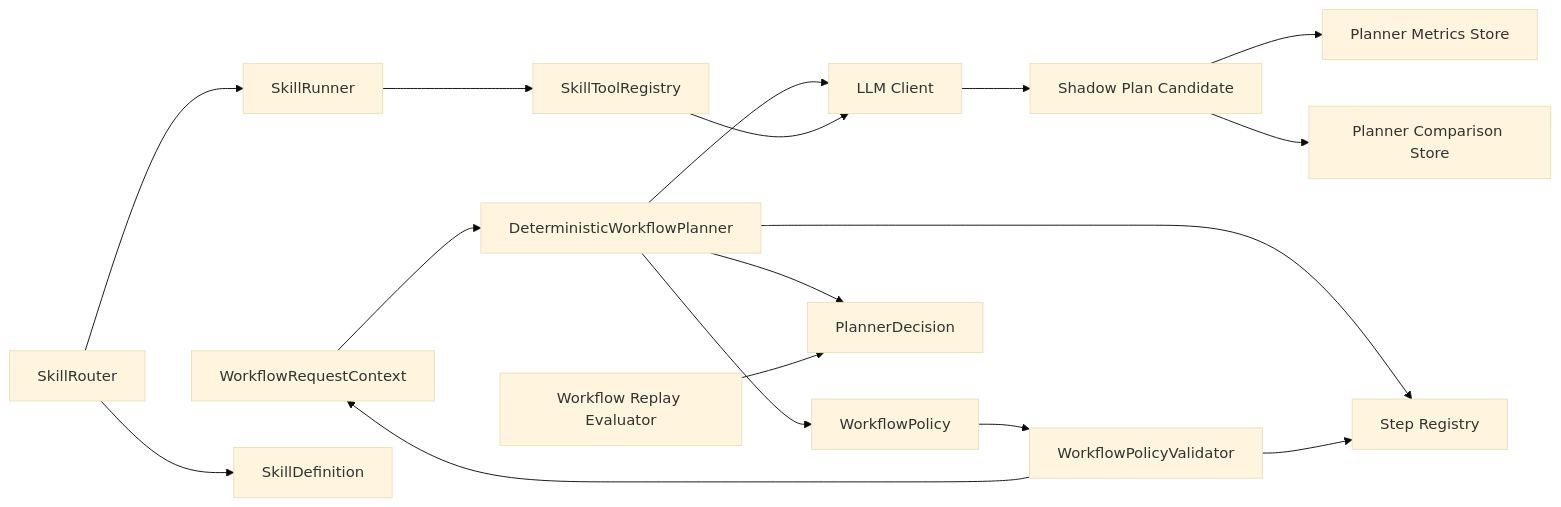
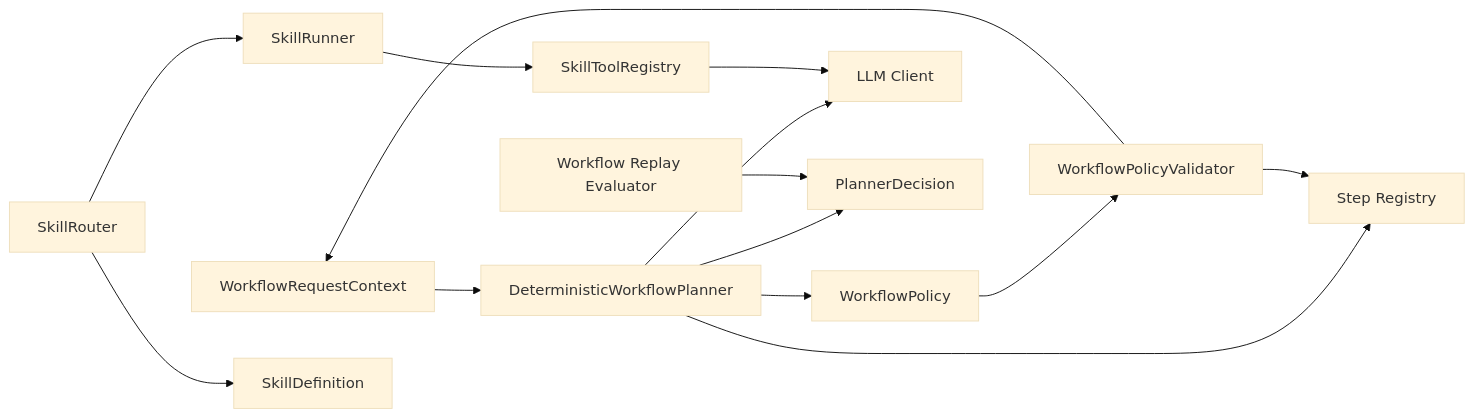
One commit to intellistream/sage-mate changed diagram 15 of 15 in .qoder/repowiki/en/content/Workflow System/Workflow System.md. Above: the diagram before and after it, drawn with Mermaid (base theme). The commit also changed other lines of this file and 121 other files, not shown here.

````diff
--- a/.qoder/repowiki/en/content/Workflow System/Workflow System.md
+++ b/.qoder/repowiki/en/content/Workflow System/Workflow System.md
@@ -969,19 +742,16 @@
 ```mermaid
 graph LR
 CTX["WorkflowRequestContext"] --> PLAN["DeterministicWorkflowPlanner"]
 PLAN --> REG["Step Registry"]
 PLAN --> POL["WorkflowPolicy"]
 PLAN --> LLM["LLM Client"]
 PLAN --> DEC["PlannerDecision"]
 POL --> VAL["WorkflowPolicyValidator"]
 VAL --> REG
 VAL --> CTX
-LLM --> SHADOW["Shadow Plan Candidate"]
-SHADOW --> METRICS["Planner Metrics Store"]
-SHADOW --> COMPARE["Planner Comparison Store"]
 EVAL["Workflow Replay Evaluator"] --> DEC
 SR["SkillRouter"] --> SKR["SkillRunner"]
 SKR --> STR["SkillToolRegistry"]
 STR --> LLM
 SR --> SK["SkillDefinition"]
 ```
````
